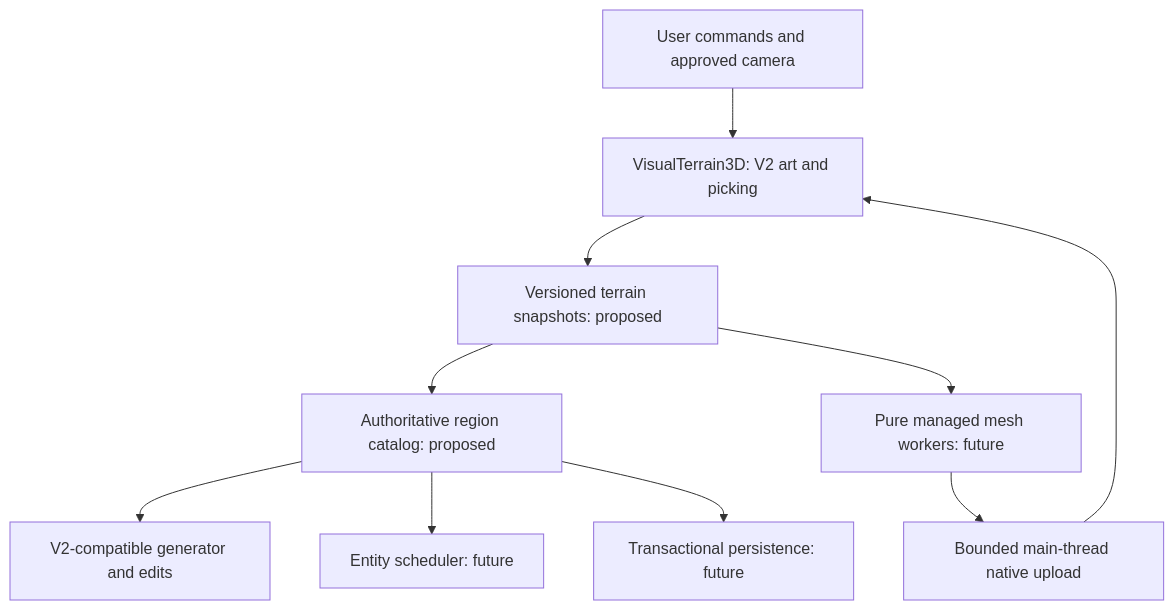
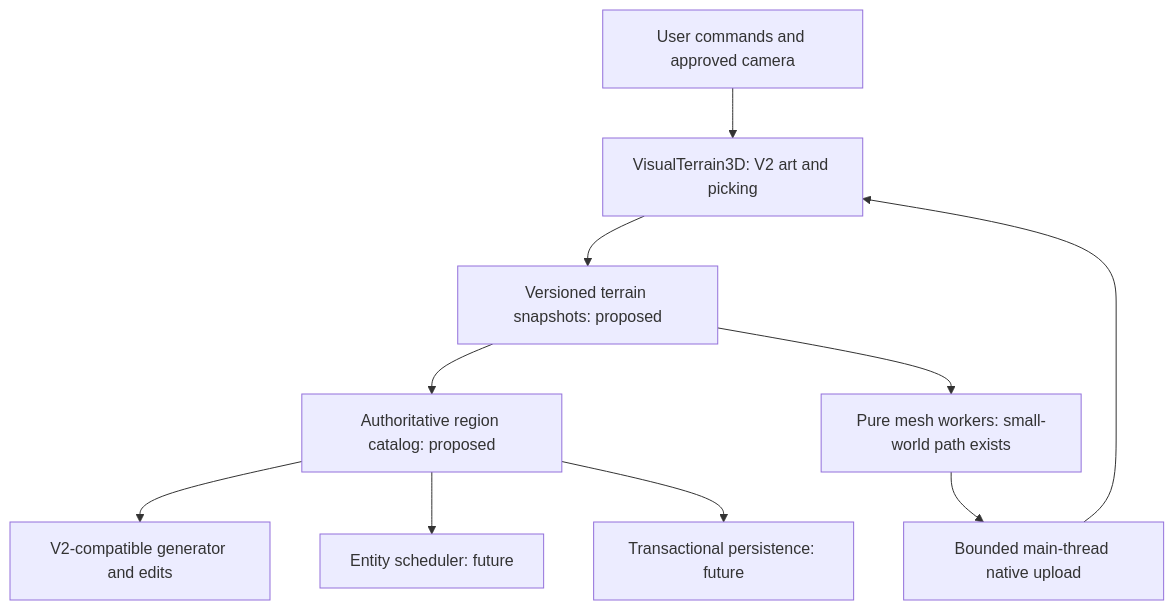
The first of 2 diagrams in docs/V3_ARCHITECTURE.md (tahazarif10/worldforge-sim), drawn with Mermaid before and after one commit. The commit also changed other lines of this file and 16 other files, not shown here.

````diff
--- a/docs/V3_ARCHITECTURE.md
+++ b/docs/V3_ARCHITECTURE.md
@@ -25,12 +31,12 @@
 ```mermaid
 flowchart TD
     I["User commands and approved camera"] --> V["VisualTerrain3D: V2 art and picking"]
     V --> S["Versioned terrain snapshots: proposed"]
     S --> R["Authoritative region catalog: proposed"]
     R --> G["V2-compatible generator and edits"]
     R --> E["Entity scheduler: future"]
     R --> P["Transactional persistence: future"]
-    S --> W["Pure managed mesh workers: future"]
+    S --> W["Pure mesh workers: small-world path exists"]
     W --> U["Bounded main-thread native upload"]
     U --> V
 ```
````
